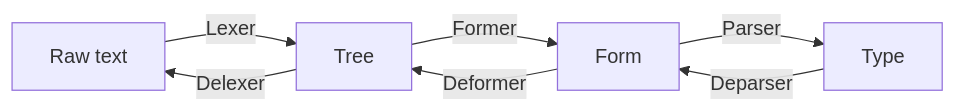
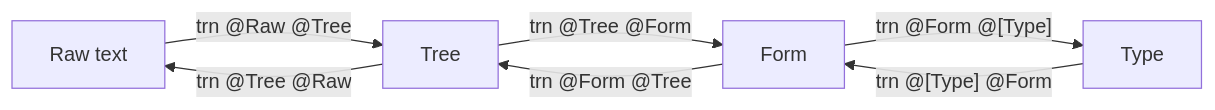
The diagram in readme.md (vcanadi/data-cmd), drawn with Mermaid before and after one commit. The commit also changed other lines of this file and 6 other files, not shown here.

````diff
--- a/readme.md
+++ b/readme.md
@@ -21,11 +83,11 @@
 ```mermaid
 graph LR
-A[Raw text] e1@-- Lexer --> B[Tree]
-B -- Delexer --> A
+A[Raw text] e1@-- trn @Raw @Tree --> B[Tree]
+B -- trn @Tree @Raw --> A
 
-B -- Former --> C[Form]
-C -- Deformer --> B
+B -- trn @Tree @Form --> C[Form]
+C -- trn @Form @Tree --> B
 
-C -- Parser --> D[Type]
-D -- Deparser --> C
+C -- trn @Form @[Type] --> D[Type]
+D -- trn @[Type] @Form --> C
 ```
````
